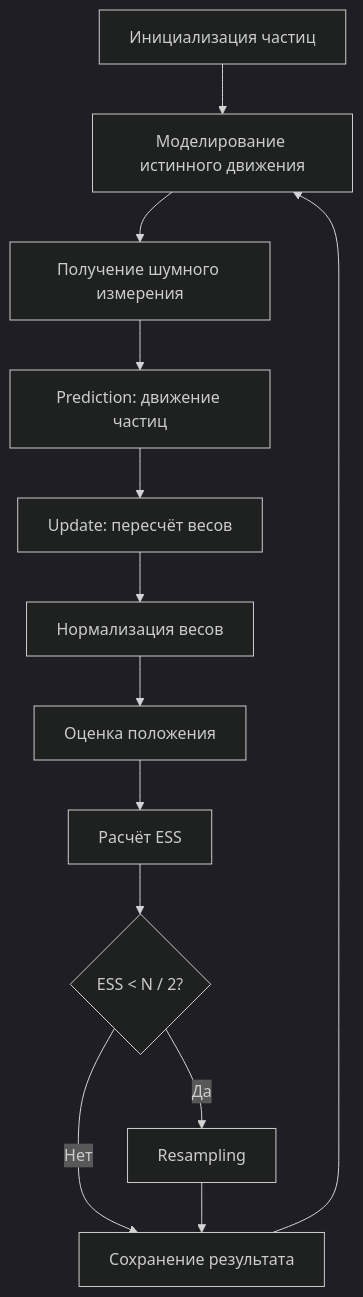
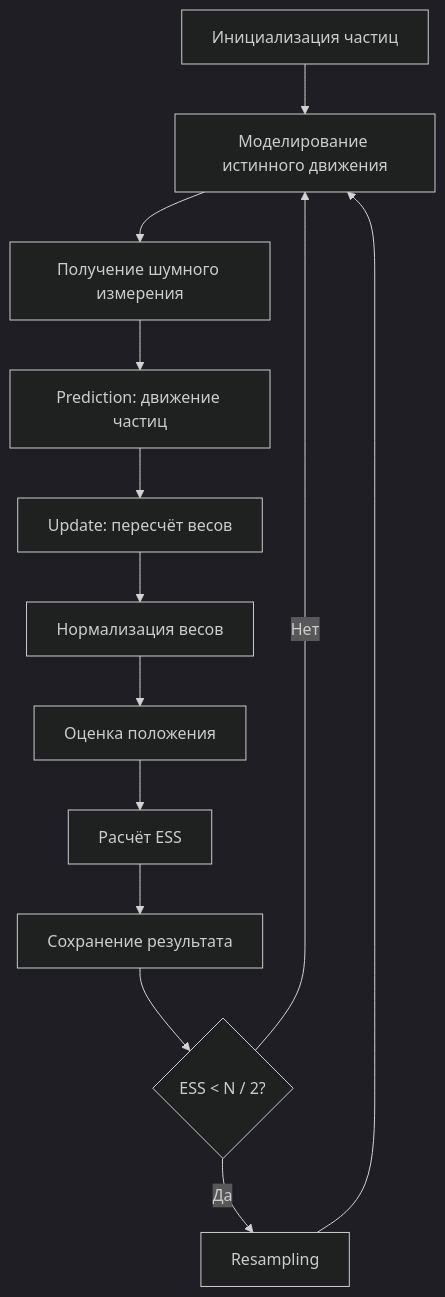
The diagram in README.md (JolikSS/Particle_Filter-C), drawn with Mermaid (dark theme) before and after one commit. The commit also changed other lines of this file, not shown here.

````diff
--- a/README.md
+++ b/README.md
@@ -31,15 +43,15 @@
 ```mermaid
 flowchart TD
     A[Инициализация частиц] --> B[Моделирование истинного движения]
     B --> C[Получение шумного измерения]
     C --> D[Prediction: движение частиц]
     D --> E[Update: пересчёт весов]
     E --> F[Нормализация весов]
     F --> G[Оценка положения]
     G --> H[Расчёт ESS]
-    H --> I{ESS < N / 2?}
-    I -- Да --> J[Resampling]
-    I -- Нет --> K[Сохранение результата]
-    J --> K
+    H --> I[Сохранение результата]
+    I --> J{ESS < N / 2?}
+    J -- Да --> K[Resampling]
+    J -- Нет --> B
     K --> B
 ```
````
